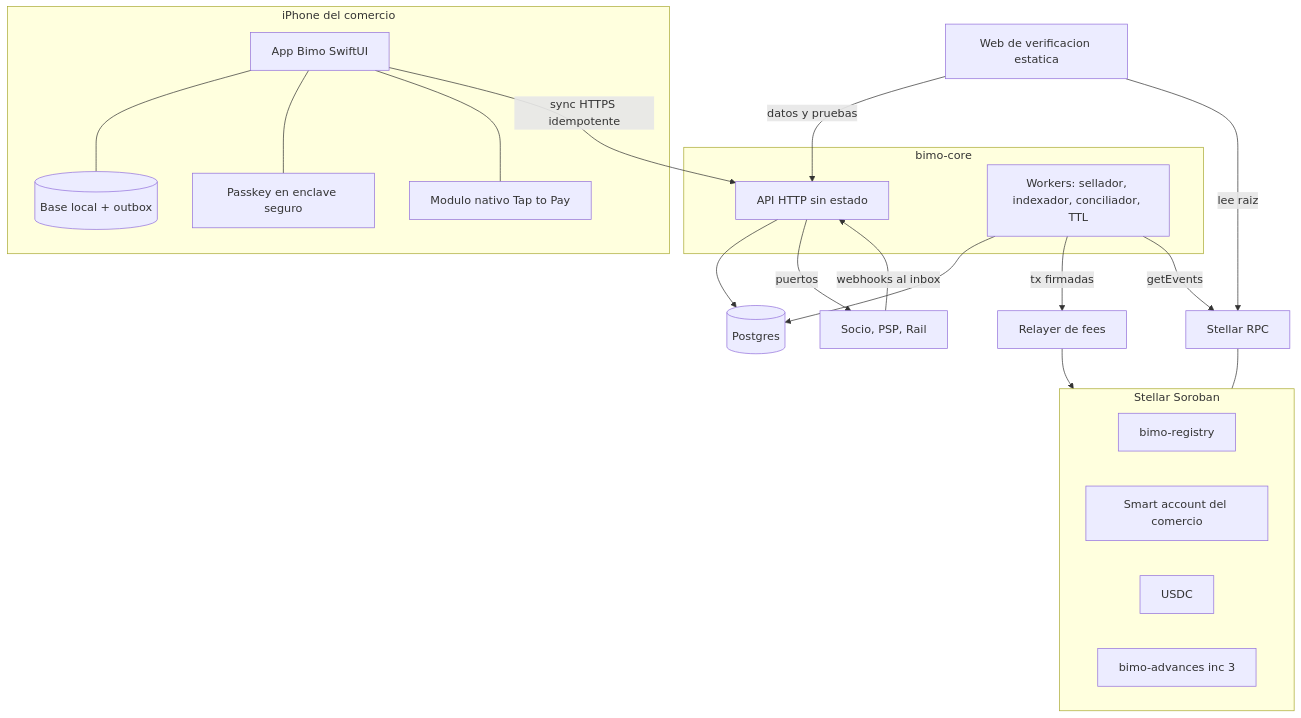
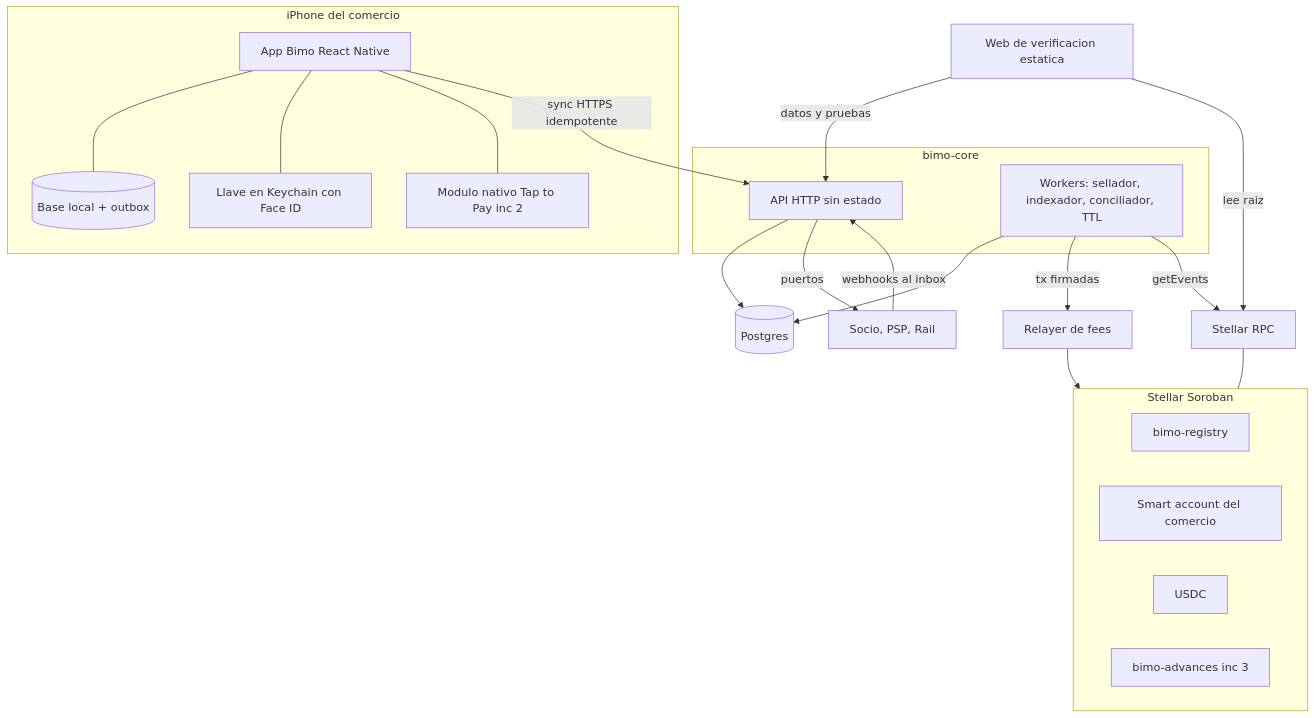
One commit to andreMD287/Bimo changed the second of 5 diagrams in docs/arquitectura/ARQUITECTURA.md. Above: the diagram before and after it, drawn with Mermaid. The commit also changed other lines of this file, not shown here.

Commit message:
docs(arquitectura): update a v0.4 con app en react native y expo

````diff
--- a/docs/arquitectura/ARQUITECTURA.md
+++ b/docs/arquitectura/ARQUITECTURA.md
@@ -415,37 +420,37 @@
 ```mermaid
 flowchart TB
   subgraph CEL["iPhone del comercio"]
-    APP["App Bimo SwiftUI"]
+    APP["App Bimo React Native"]
     LDB[("Base local + outbox")]
-    PK["Passkey en enclave seguro"]
-    TTP["Modulo nativo Tap to Pay"]
+    PK["Llave en Keychain con Face ID"]
+    TTP["Modulo nativo Tap to Pay inc 2"]
     APP --- LDB
     APP --- PK
     APP --- TTP
   end
   subgraph CORE["bimo-core"]
     API["API HTTP sin estado"]
     WK["Workers: sellador, indexador, conciliador, TTL"]
   end
   DB[("Postgres")]
   WEB["Web de verificacion estatica"]
   REL["Relayer de fees"]
   RPC["Stellar RPC"]
   subgraph CHAIN["Stellar Soroban"]
     REG["bimo-registry"]
     SA["Smart account del comercio"]
     USDC["USDC"]
     ADV["bimo-advances inc 3"]
   end
   APP -->|"sync HTTPS idempotente"| API
   API --> DB
   WK --> DB
   WK -->|"tx firmadas"| REL
   REL --> CHAIN
   WK -->|"getEvents"| RPC
   RPC --- CHAIN
   WEB -->|"datos y pruebas"| API
   WEB -->|"lee raiz"| RPC
   API -->|"puertos"| EXT["Socio, PSP, Rail"]
   EXT -->|"webhooks al inbox"| API
 ```
````
